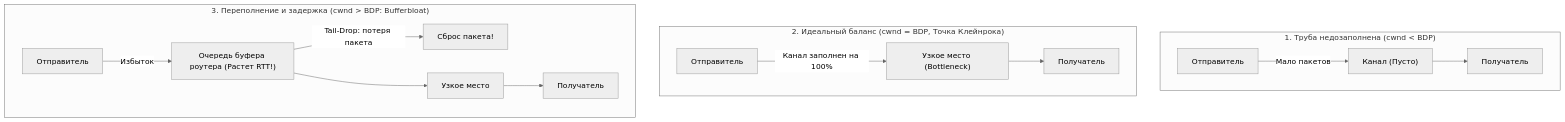
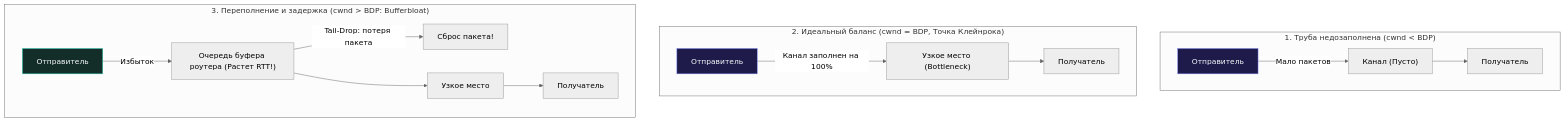
The first of 4 diagrams in sources/3. Компьютерные сети и сетевой стек/13. Congestion Algorithms. Reno, Cubic, BBR.md (UnrealTemplier/go-textbook), drawn with Mermaid (neutral theme) before and after one commit. The commit also changed other lines of this file and 1666 other files, not shown here.

First line of the commit message:
feat(mermaid): add semantic color classDef to 1369 colorless flowchart/graph diagrams

````diff
--- a/sources/3. Компьютерные сети и сетевой стек/13. Congestion Algorithms. Reno, Cubic, BBR.md
+++ b/sources/3. Компьютерные сети и сетевой стек/13. Congestion Algorithms. Reno, Cubic, BBR.md
@@ -37,19 +37,29 @@
 ```mermaid
 flowchart TD
+    classDef process  fill:#1e293b,stroke:#38bdf8,stroke-width:1px,color:#f8fafc
+    classDef success  fill:#064e3b,stroke:#34d399,stroke-width:1px,color:#f8fafc
+    classDef error    fill:#7f1d1d,stroke:#f87171,stroke-width:1px,color:#f8fafc
+    classDef warning  fill:#78350f,stroke:#fbbf24,stroke-width:1px,color:#f8fafc
+    classDef entry    fill:#1e3a5f,stroke:#38bdf8,stroke-width:2px,color:#f8fafc
+    classDef aux      fill:#334155,stroke:#64748b,stroke-width:1px,color:#f8fafc
+    classDef system   fill:#312e81,stroke:#a78bfa,stroke-width:1px,color:#f8fafc
+    classDef data     fill:#132d29,stroke:#2dd4bf,stroke-width:1px,color:#f8fafc
+    classDef network  fill:#881337,stroke:#fb7185,stroke-width:1px,color:#f8fafc
+    classDef accent   fill:#1e1b4b,stroke:#818cf8,stroke-width:1px,color:#f8fafc
     subgraph S1["1. Труба недозаполнена (cwnd < BDP)"]
         direction LR
-        A1["Отправитель"] -->|"Мало пакетов"| P1["Канал (Пусто)"] --> B1["Получатель"]
+        A1["Отправитель"]:::accent -->|"Мало пакетов"| P1["Канал (Пусто)"] --> B1["Получатель"]
     end
 
     subgraph S2["2. Идеальный баланс (cwnd = BDP, Точка Клейнрока)"]
         direction LR
-        A2["Отправитель"] -->|"Канал заполнен на 100%"| P2["Узкое место (Bottleneck)"] --> B2["Получатель"]
+        A2["Отправитель"]:::accent -->|"Канал заполнен на 100%"| P2["Узкое место (Bottleneck)"] --> B2["Получатель"]
     end
 
     subgraph S3["3. Переполнение и задержка (cwnd > BDP: Bufferbloat)"]
         direction LR
-        A3["Отправитель"] -->|"Избыток"| Q3["Очередь буфера роутера (Растет RTT!)"]
+        A3["Отправитель"]:::data -->|"Избыток"| Q3["Очередь буфера роутера (Растет RTT!)"]
         Q3 -->|"Tail-Drop: потеря пакета"| D3["Сброс пакета!"]
         Q3 --> P3["Узкое место"] --> B3["Получатель"]
     end
 ```
````
